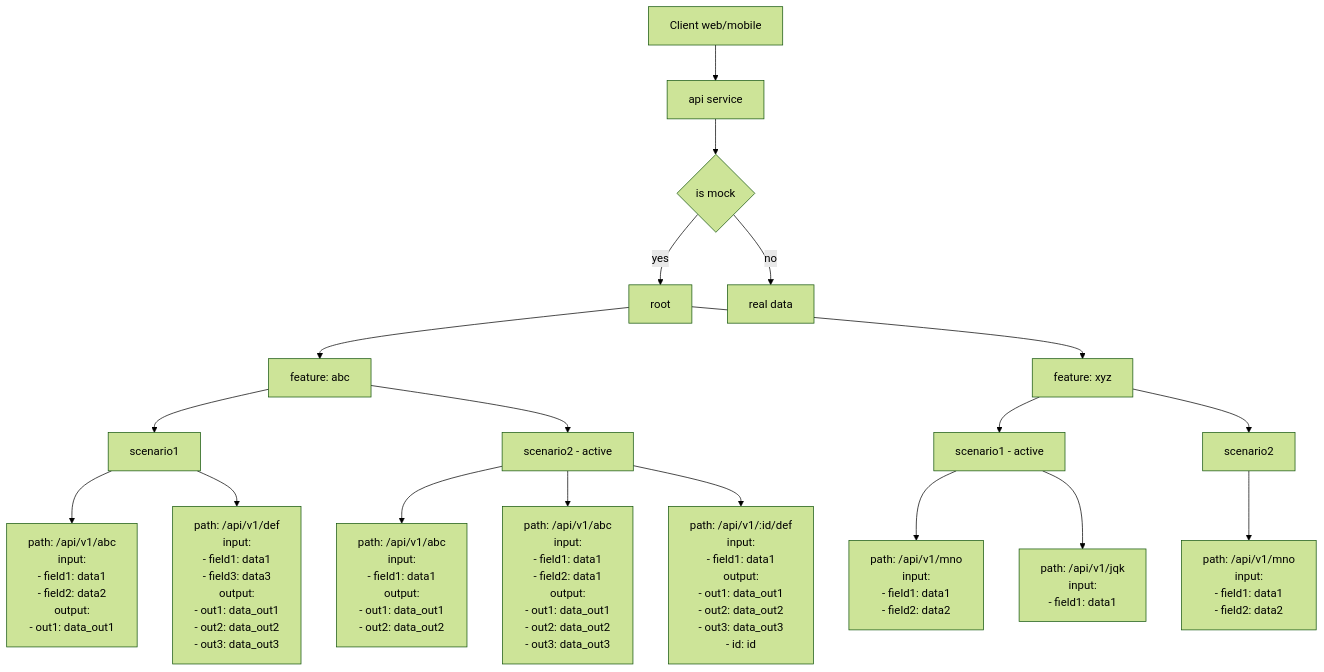
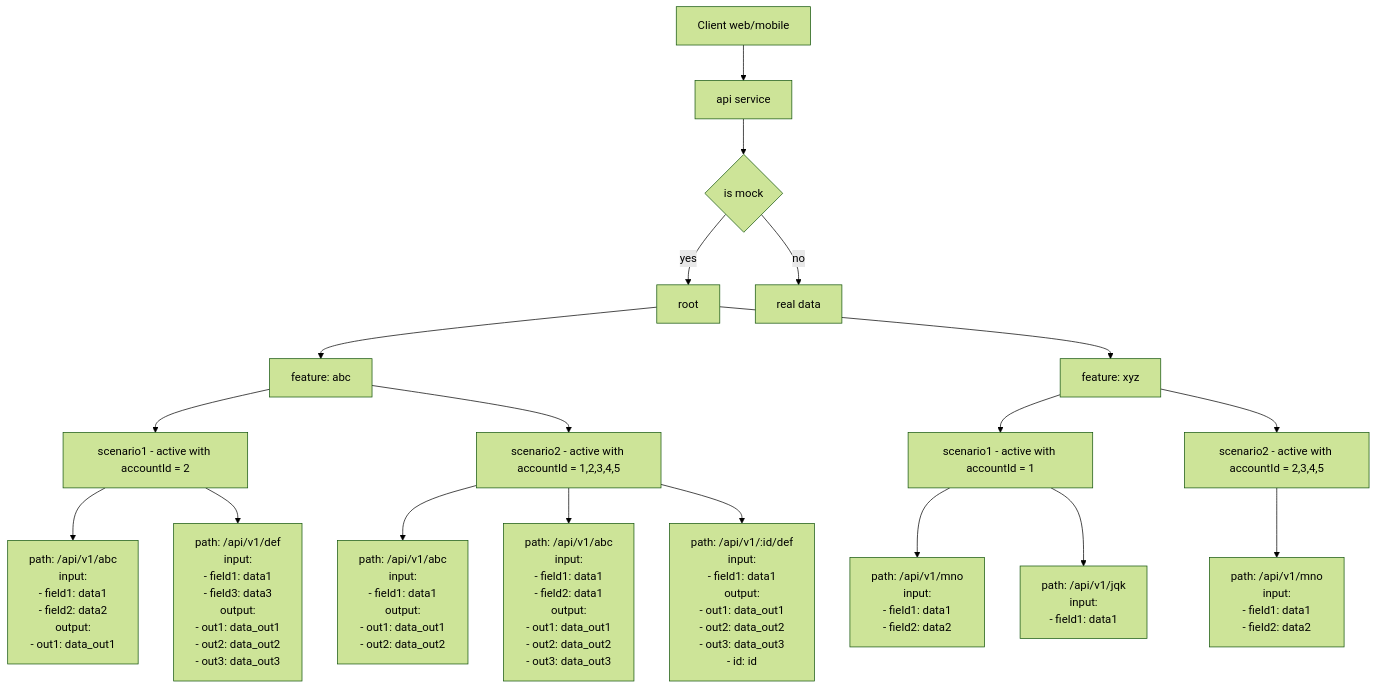
Before and after one commit to NamNV2496/mocktool: the diagram in README.md, drawn with Mermaid (forest theme).

````diff
--- a/README.md
+++ b/README.md
@@ -13,30 +13,30 @@
 ```mermaid
 flowchart TB
     Client[Client web/mobile] --> API[api service]
 
     API --> ISMOCK{is mock}
     ISMOCK -- yes --> ROOT[root]
     ISMOCK -- no --> REAL[real data]
 
     %% Feature abc
     ROOT --> ABC[feature: abc]
-    ABC --> ABC_S1[scenario1]
-    ABC --> ABC_S2[scenario2 - active]
+    ABC --> ABC_S1[scenario1 - active with accountId = 2]
+    ABC --> ABC_S2[scenario2 - active with accountId = 1,2,3,4,5]
 
     ABC_S1 --> ABC_S1_P1["path: /api/v1/abc<br/>input:<br/>- field1: data1<br/>- field2: data2<br/>output:<br/>- out1: data_out1"]
     ABC_S1 --> ABC_S1_P2["path: /api/v1/def<br/>input:<br/>- field1: data1<br/>- field3: data3<br/>output:<br/>- out1: data_out1<br/>- out2: data_out2<br/>- out3: data_out3"]
 
     ABC_S2 --> ABC_S2_P1["path: /api/v1/abc<br/>input:<br/>- field1: data1<br/>output:<br/>- out1: data_out1<br/>- out2: data_out2"]
     ABC_S2 --> ABC_S2_P2["path: /api/v1/abc<br/>input:<br/>- field1: data1<br/>- field2: data1<br/>output:<br/>- out1: data_out1<br/>- out2: data_out2<br/>- out3: data_out3"]
     ABC_S2 --> ABC_S2_P3["path: /api/v1/:id/def<br/>input:<br/>- field1: data1<br/>output:<br/>- out1: data_out1<br/>- out2: data_out2<br/>- out3: data_out3<br/>- id: id"]
 
     %% Feature xyz
     ROOT --> XYZ[feature: xyz]
-    XYZ --> XYZ_S1[scenario1 - active]
-    XYZ --> XYZ_S2[scenario2]
+    XYZ --> XYZ_S1[scenario1 - active with accountId = 1]
+    XYZ --> XYZ_S2[scenario2 - active with accountId = 2,3,4,5]
 
     XYZ_S1 --> XYZ_S1_P1["path: /api/v1/mno<br/>input:<br/>- field1: data1<br/>- field2: data2"]
     XYZ_S1 --> XYZ_S1_P2["path: /api/v1/jqk<br/>input:<br/>- field1: data1<br/>"]
 
     XYZ_S2 --> XYZ_S2_P1["path: /api/v1/mno<br/>input:<br/>- field1: data1<br/>- field2: data2"]
 ```
````
